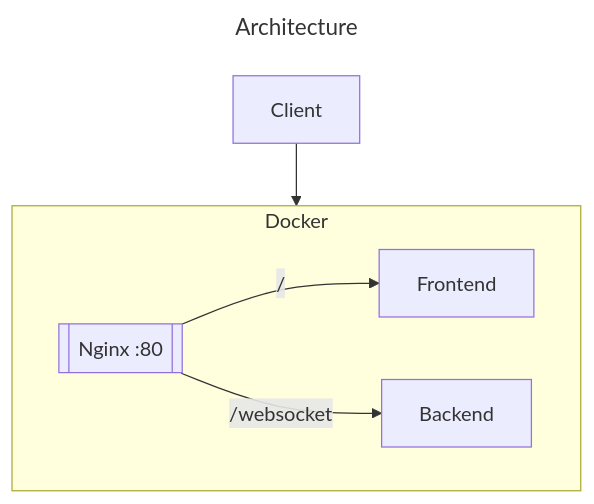
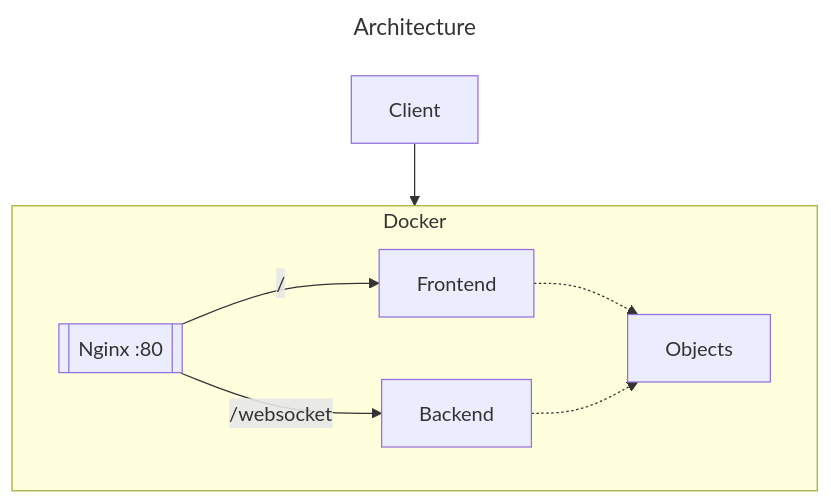
One commit to Fgdou/sr_project changed the second of 2 diagrams in design/design.md. Above: the diagram before and after it, drawn with Mermaid. The commit also changed other lines of this file, not shown here.

Commit message:
update design

````diff
--- a/design/design.md
+++ b/design/design.md
@@ -27,14 +27,17 @@
 ```mermaid
 ---
 title: Architecture
 ---
 flowchart TB
 
 subgraph Docker
 Nginx[[Nginx :80]] -- / --> Frontend
 Nginx -- /websocket --> Backend
+
+Frontend -.-> Objects
+Backend -.-> Objects
 end
 
 Client --> Docker
 
 ```
````
